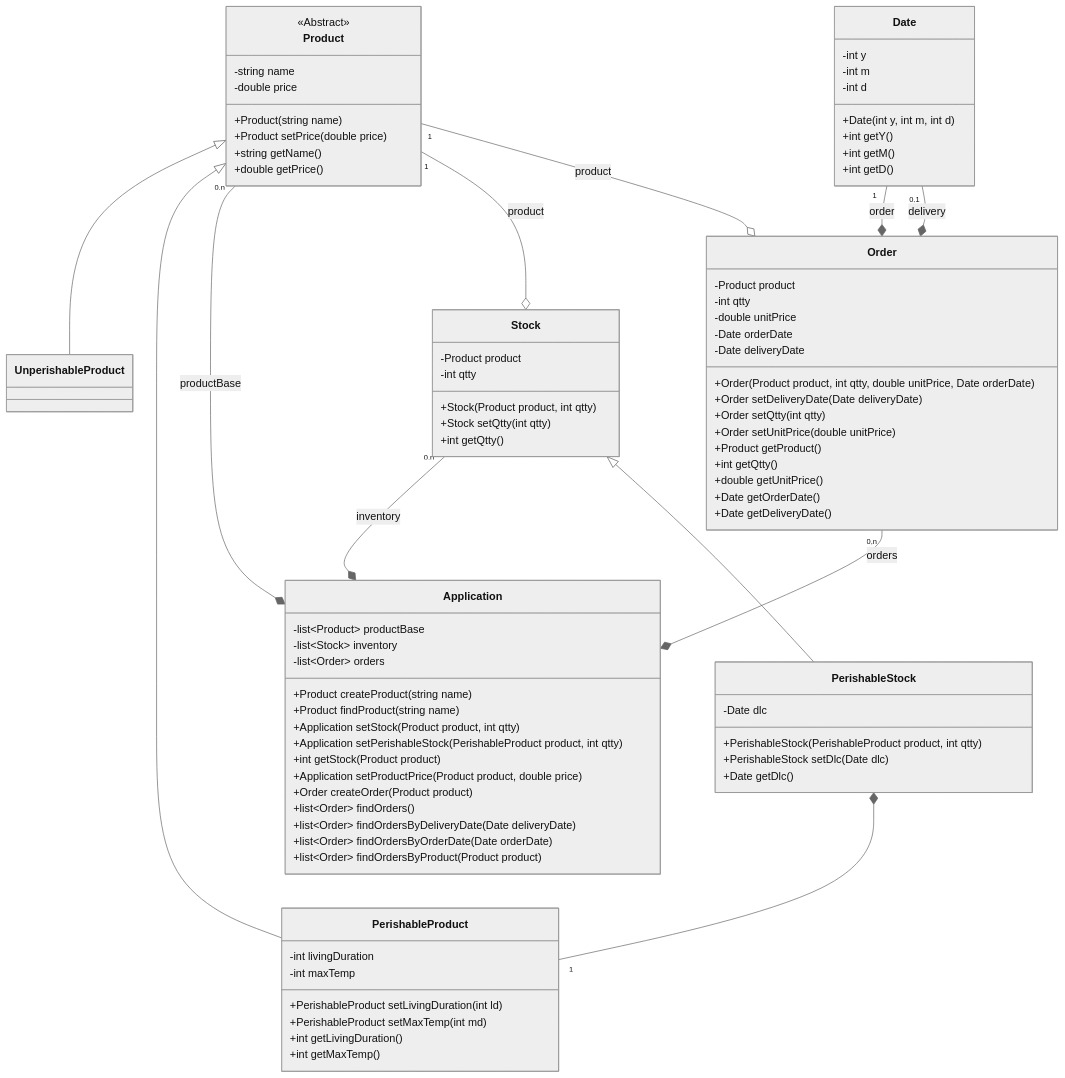
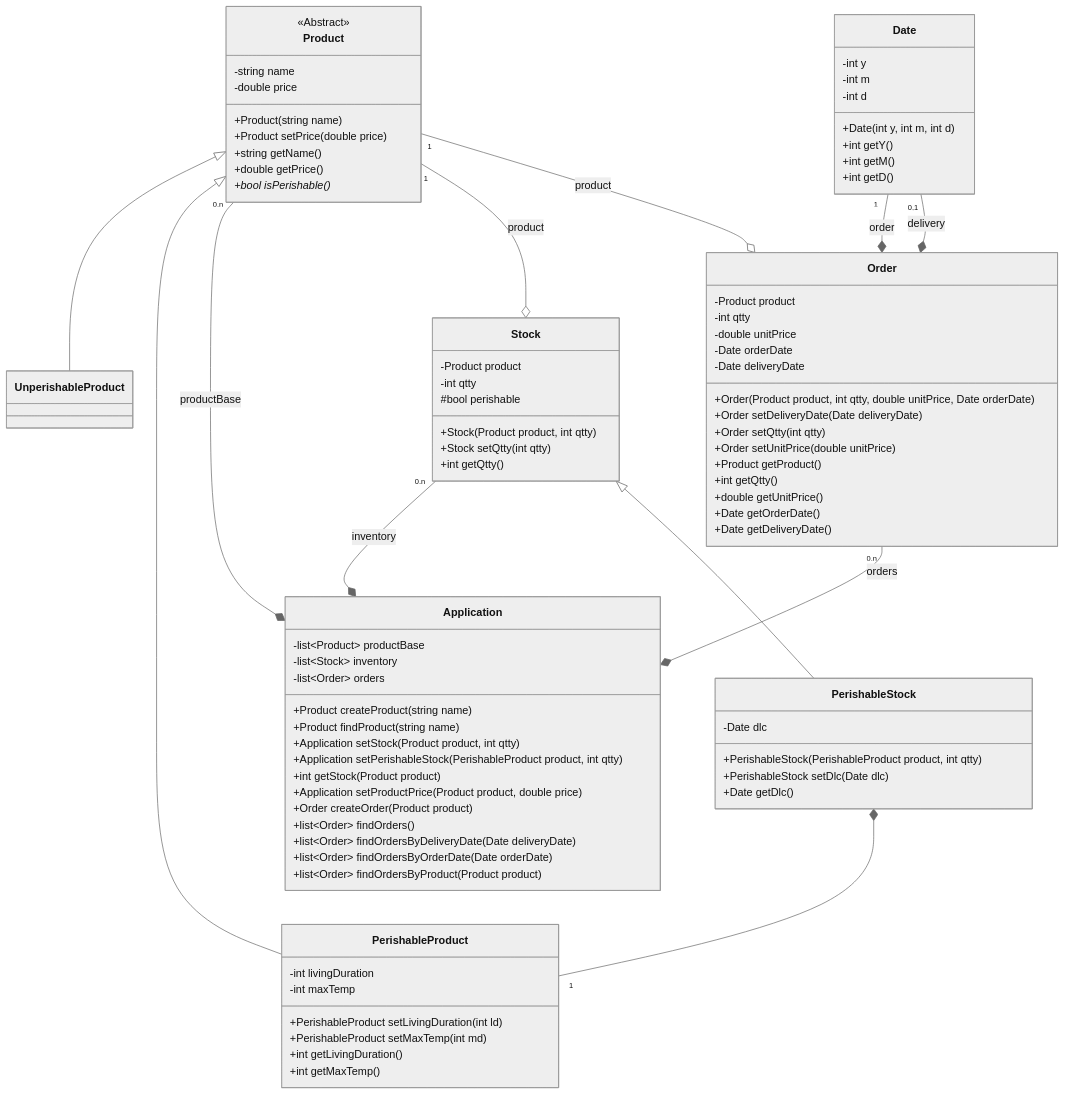
The fifth of 9 diagrams in Activités/act2-uml-basics.md (esirem-chassel/3aa-progadv), drawn with Mermaid (neutral theme) before and after one commit. The commit also changed other lines of this file, not shown here.

```diff
--- a/Activités/act2-uml-basics.md
+++ b/Activités/act2-uml-basics.md
@@ -252,6 +252,7 @@
     +Product setPrice(double price)
     +string getName()
     +double getPrice()
+    +bool isPerishable()*
   }
 
   class UnperishableProduct { }
@@ -295,6 +296,7 @@
   class Stock {
     -Product product
     -int qtty
+    #bool perishable
     +Stock(Product product, int qtty)
     +Stock setQtty(int qtty)
     +int getQtty()
```
